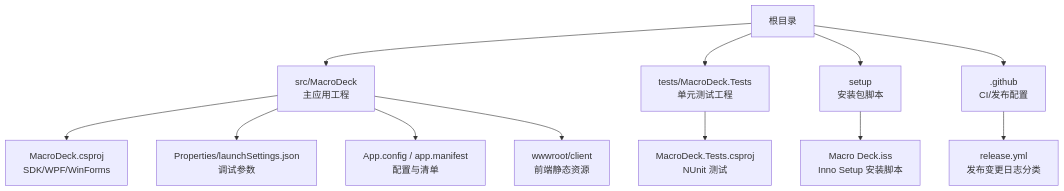
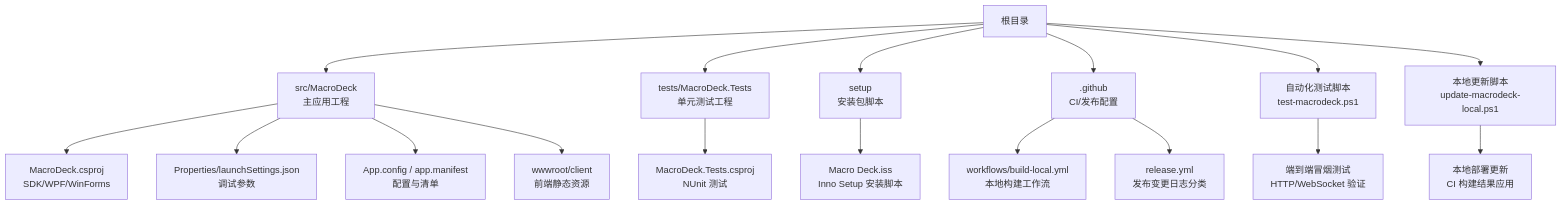
Before and after one commit to tea4go/Macro-Deck: the first of 7 diagrams in .qoder/repowiki/zh/content/开发者指南/构建和部署.md, drawn with Mermaid. The commit also changed other lines of this file and 17 other files, not shown here.

````diff
--- a/.qoder/repowiki/zh/content/开发者指南/构建和部署.md
+++ b/.qoder/repowiki/zh/content/开发者指南/构建和部署.md
@@ -43,14 +48,19 @@
 ```mermaid
 graph TB
 A["根目录"] --> B["src/MacroDeck<br/>主应用工程"]
 A --> C["tests/MacroDeck.Tests<br/>单元测试工程"]
 A --> D["setup<br/>安装包脚本"]
 A --> E[".github<br/>CI/发布配置"]
+A --> F["自动化测试脚本<br/>test-macrodeck.ps1"]
+A --> G["本地更新脚本<br/>update-macrodeck-local.ps1"]
 B --> B1["MacroDeck.csproj<br/>SDK/WPF/WinForms"]
 B --> B2["Properties/launchSettings.json<br/>调试参数"]
 B --> B3["App.config / app.manifest<br/>配置与清单"]
 B --> B4["wwwroot/client<br/>前端静态资源"]
 C --> C1["MacroDeck.Tests.csproj<br/>NUnit 测试"]
 D --> D1["Macro Deck.iss<br/>Inno Setup 安装脚本"]
-E --> E1["release.yml<br/>发布变更日志分类"]
+E --> E1["workflows/build-local.yml<br/>本地构建工作流"]
+E --> E2["release.yml<br/>发布变更日志分类"]
+F --> F1["端到端冒烟测试<br/>HTTP/WebSocket 验证"]
+G --> G1["本地部署更新<br/>CI 构建结果应用"]
 ```
````
